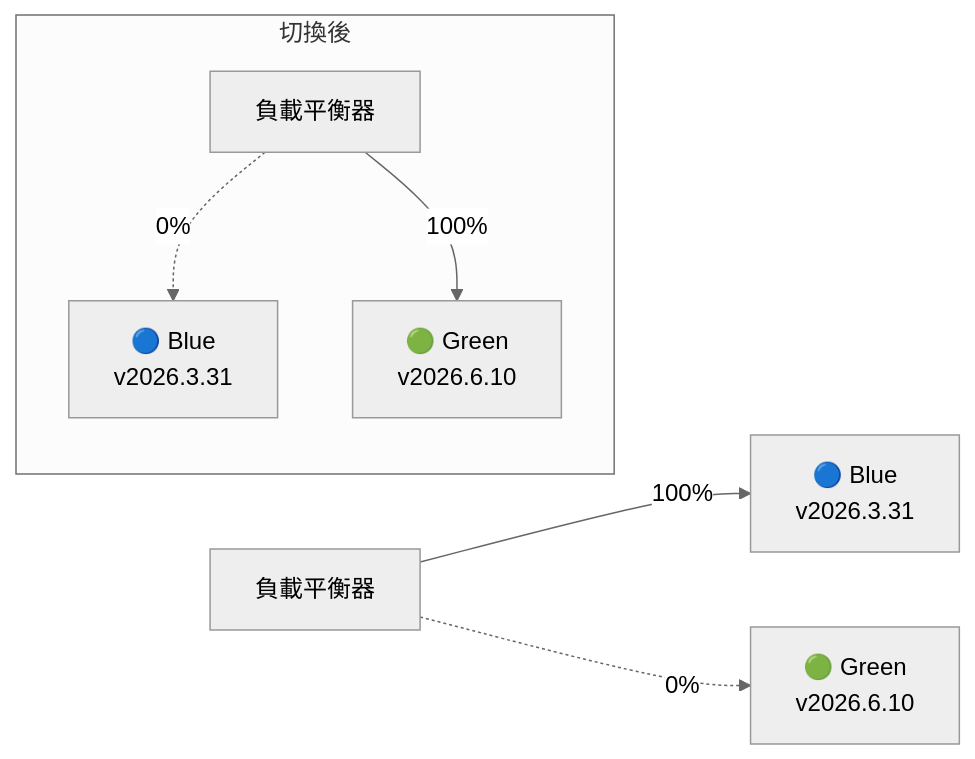
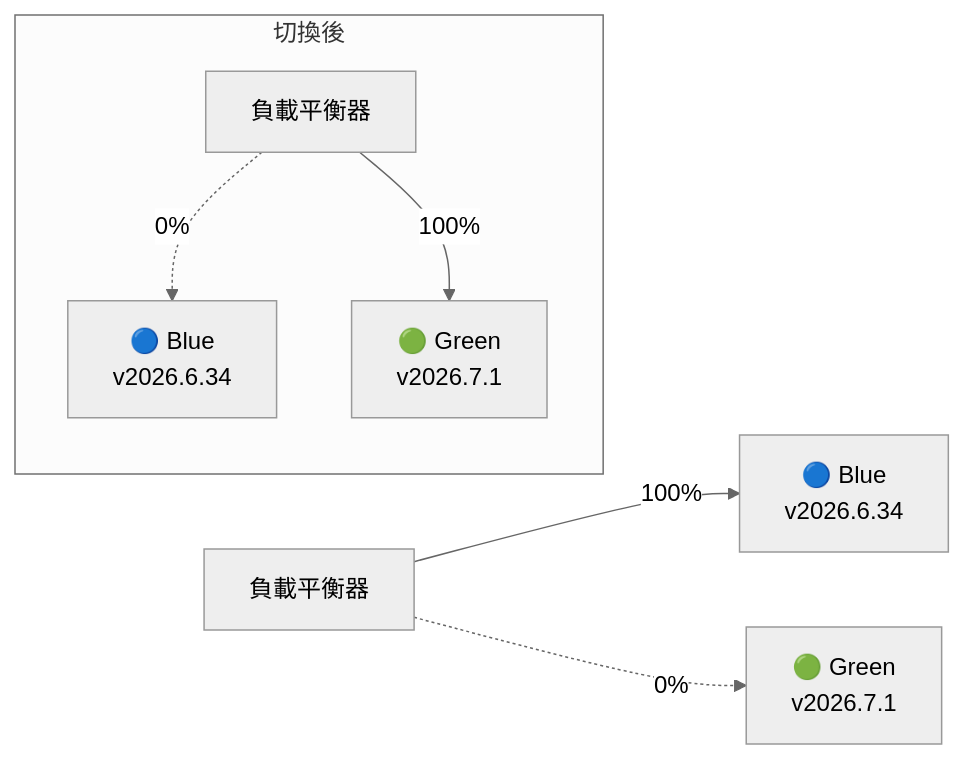
Diagram 36 of 51 in content/posts/教學/AI開發/OpenClaw生態系教學手冊.md (chihhung/Blog), drawn with Mermaid (neutral theme) before and after one commit. The commit also changed other lines of this file and 6 other files, not shown here.

````diff
--- a/content/posts/教學/AI開發/OpenClaw生態系教學手冊.md
+++ b/content/posts/教學/AI開發/OpenClaw生態系教學手冊.md
@@ -6550,10 +6601,10 @@
 ```mermaid
 flowchart LR
-    LB[負載平衡器] --> |100%| BLUE[🔵 Blue<br>v2026.3.31]
-    LB -.-> |0%| GREEN[🟢 Green<br>v2026.6.10]
+    LB[負載平衡器] --> |100%| BLUE[🔵 Blue<br>v2026.6.34]
+    LB -.-> |0%| GREEN[🟢 Green<br>v2026.7.1]
     
     subgraph "切換後"
-        LB2[負載平衡器] -.-> |0%| BLUE2[🔵 Blue<br>v2026.3.31]
-        LB2 --> |100%| GREEN2[🟢 Green<br>v2026.6.10]
+        LB2[負載平衡器] -.-> |0%| BLUE2[🔵 Blue<br>v2026.6.34]
+        LB2 --> |100%| GREEN2[🟢 Green<br>v2026.7.1]
     end
 ```
````
